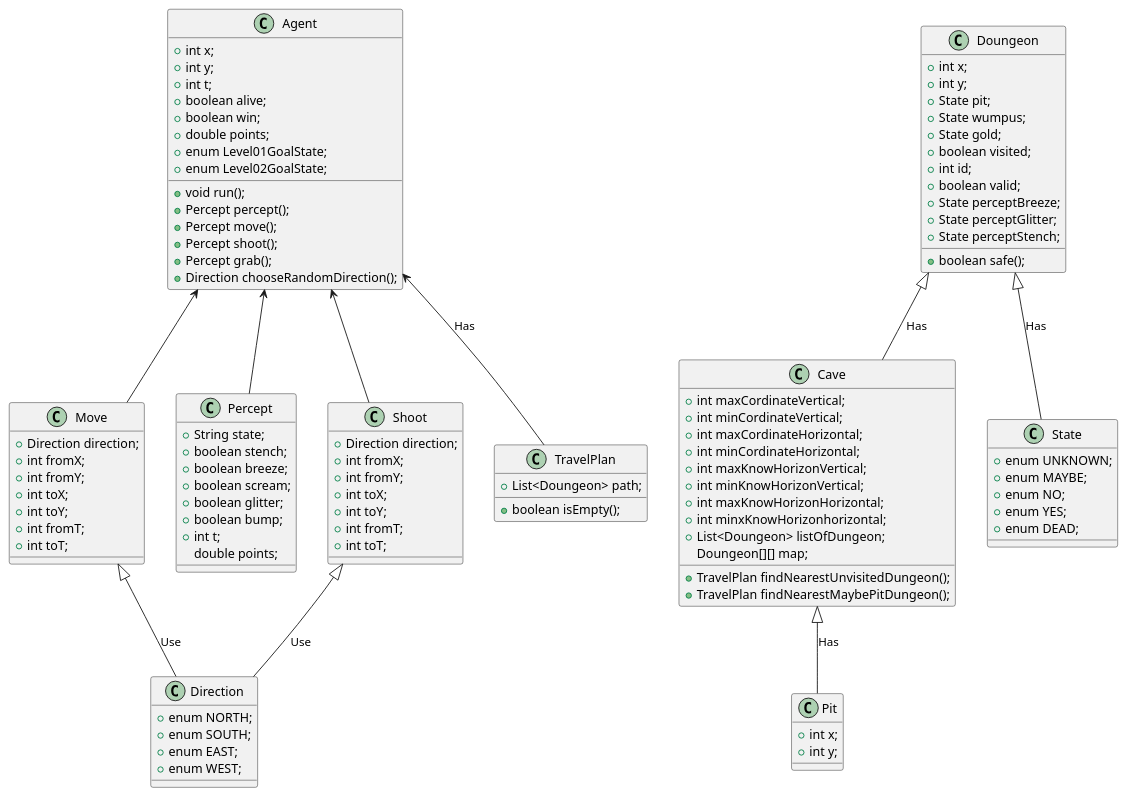
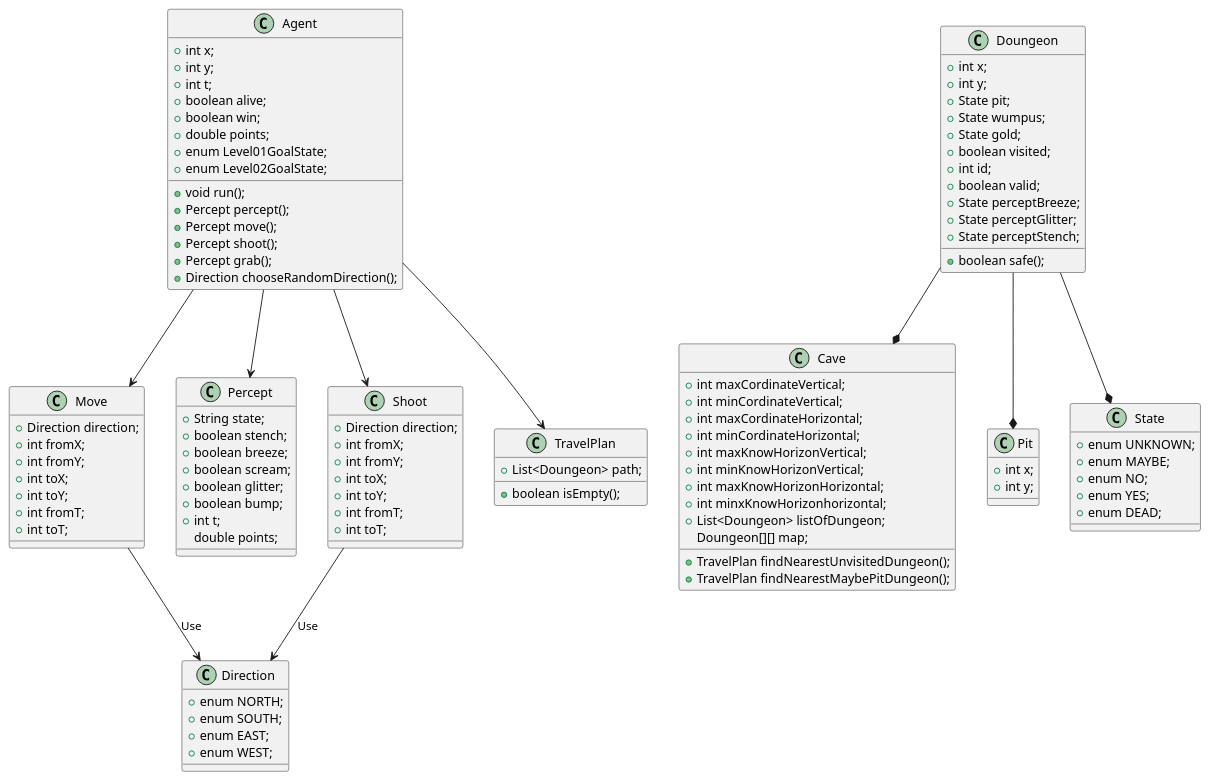
The diagram in wumpus-agent-minimum2/info/WumpusUml(Version1).pu (andredob/Wumpus-Agent), drawn with PlantUML before and after one commit. The commit also changed 4 other files, not shown here.

```diff
--- a/wumpus-agent-minimum2/info/WumpusUml(Version1).pu
+++ b/wumpus-agent-minimum2/info/WumpusUml(Version1).pu
@@ -1,120 +1,120 @@
 @startuml
 
 class Agent{
   +int x;
   +int y;
   +int t;
   +boolean alive;
   +boolean win;
   +double points;
   +enum Level01GoalState;
   +enum Level02GoalState;
 
   +void run();
   +Percept percept();
   +Percept move();
   +Percept shoot();
   +Percept grab();
   +Direction chooseRandomDirection();
 }
 
 class Cave{
   +int maxCordinateVertical;
   +int minCordinateVertical;
   +int maxCordinateHorizontal;
   +int minCordinateHorizontal;
   +int maxKnowHorizonVertical;
   +int minKnowHorizonVertical;
   +int maxKnowHorizonHorizontal;
   +int minxKnowHorizonhorizontal;
   +List<Doungeon> listOfDungeon;
   Doungeon[][] map;
 
   +TravelPlan findNearestUnvisitedDungeon();
   +TravelPlan findNearestMaybePitDungeon();
 }
 
 class Direction{
   +enum NORTH;
   +enum SOUTH;
   +enum EAST;
   +enum WEST;
 }
 
 class Doungeon{
   +int x;
   +int y;
   +State pit;
   +State wumpus;
   +State gold;
   +boolean visited;
   +int id;
   +boolean valid;
   +State perceptBreeze;
   +State perceptGlitter;
   +State perceptStench;
 
   +boolean safe();
 }
 
 class Move{
   +Direction direction;
   +int fromX;
   +int fromY;
   +int toX;
   +int toY;
   +int fromT;
   +int toT;
 }
 
 class Percept{
   +String state;
   +boolean stench;
   +boolean breeze;
   +boolean scream;
   +boolean glitter;
   +boolean bump;
   +int t;
   double points;
 }
 
 class Pit{
   +int x;
   +int y;
 }
 
 class Shoot{
   +Direction direction;
   +int fromX;
   +int fromY;
   +int toX;
   +int toY;
   +int fromT;
   +int toT;
 }
 
 class State{
   +enum UNKNOWN;
   +enum MAYBE;
   +enum NO;
   +enum YES;
   +enum DEAD;
 }
 
 class TravelPlan{
   +List<Doungeon> path;
   +boolean isEmpty();
 }
 
-Agent<-- Move
-Agent<-- Shoot
-Agent<-- Percept
-Agent<-- TravelPlan : Has
-Move<|-- Direction : Use
-Shoot<|-- Direction : Use
-Doungeon<|--State : Has
-Doungeon<|--Cave : Has
-Cave<|-- Pit : Has
+Agent --> Move
+Agent --> Shoot
+Agent --> Percept
+Agent --> TravelPlan
+Move --> Direction : Use
+Shoot --> Direction : Use
+Doungeon --* State
+Doungeon --* Cave
+Doungeon --* Pit
 
 
 @enduml
```
